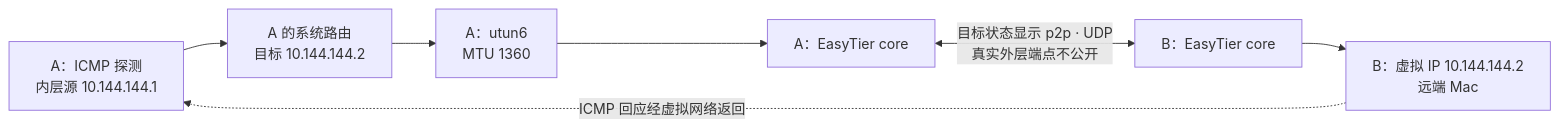
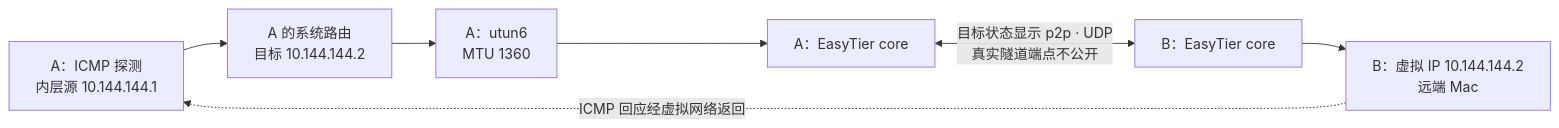
Before and after one commit to sonofmagic/easytier-docs: the diagram in apps/website/cases/local-gui.md, drawn with Mermaid. The commit also changed other lines of this file and 59 other files, not shown here.

Commit message:
docs: rebuild EasyTier course for network beginners

````diff
--- a/apps/website/cases/local-gui.md
+++ b/apps/website/cases/local-gui.md
@@ -44,9 +61,9 @@
 ```mermaid
 flowchart LR
   AppA["A：ICMP 探测<br/>内层源 10.144.144.1"] --> OS["A 的系统路由<br/>目标 10.144.144.2"]
   OS --> TUN["A：utun6<br/>MTU 1360"]
   TUN --> EA["A：EasyTier core"]
-  EA <-->|"目标状态显示 p2p · UDP<br/>真实外层端点不公开"| EB["B：EasyTier core"]
+  EA <-->|"目标状态显示 p2p · UDP<br/>真实隧道端点不公开"| EB["B：EasyTier core"]
   EB --> B["B：虚拟 IP 10.144.144.2<br/>远端 Mac"]
   B -. ICMP 回应经虚拟网络返回 .-> AppA
 ```
````
